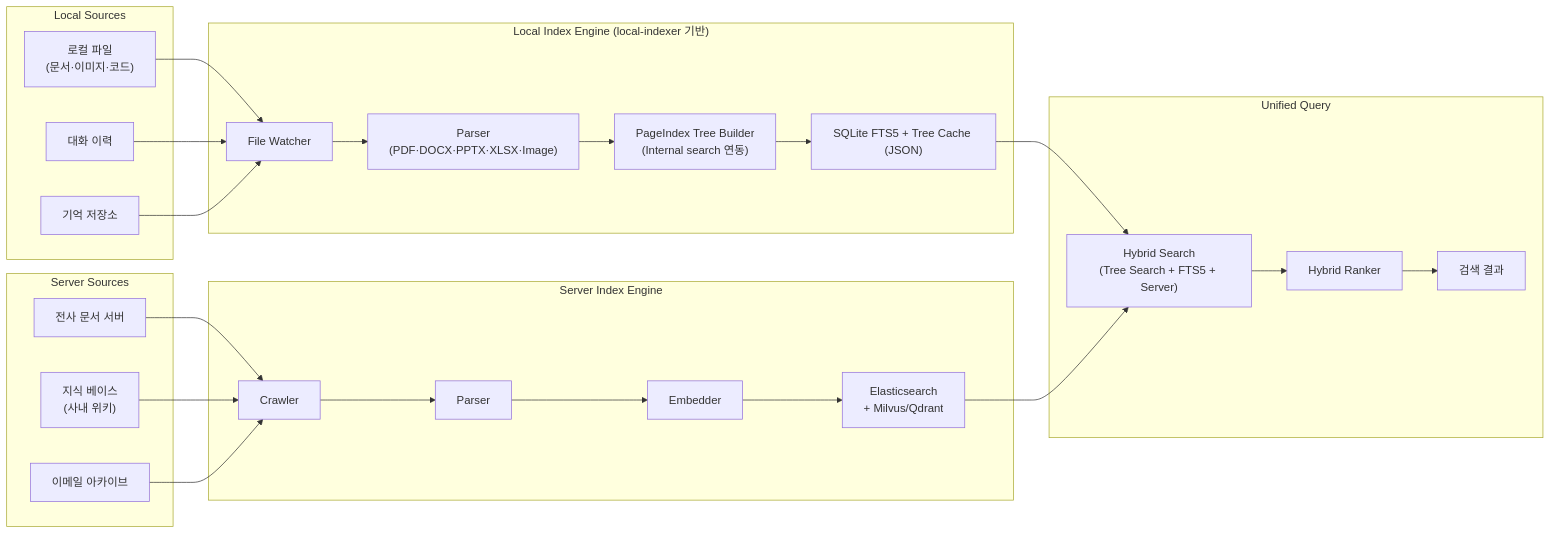
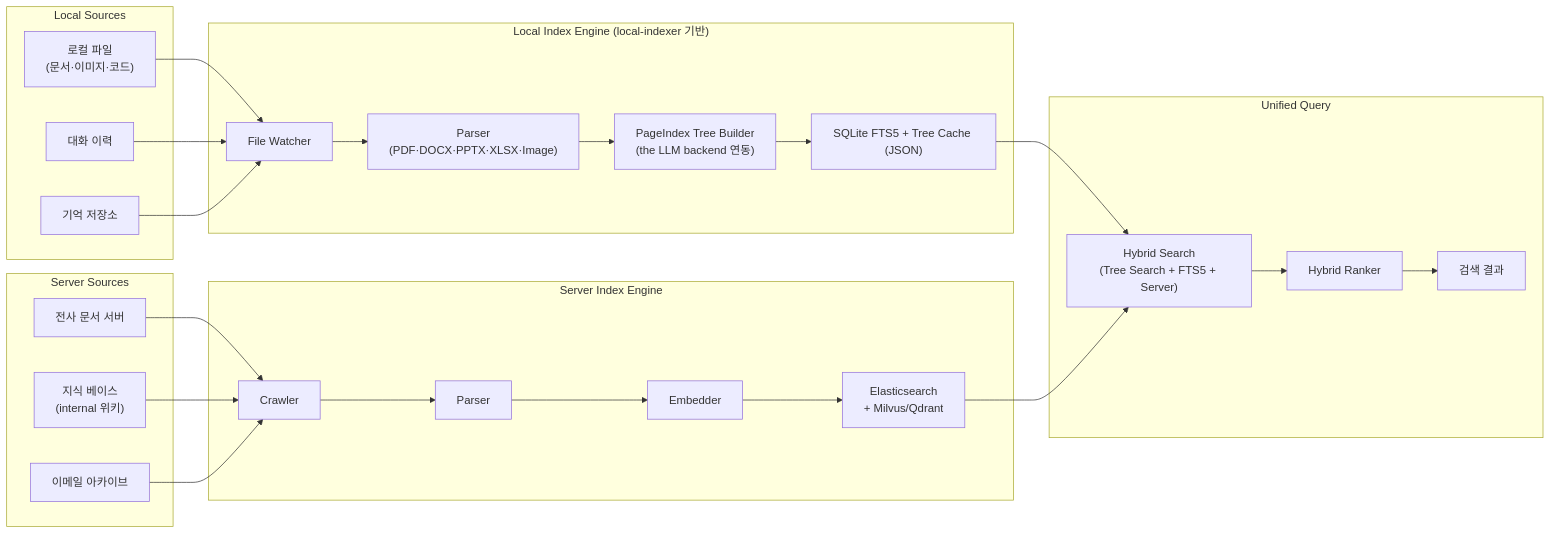
Diagram 41 of 44 in docs/architecture/architecture.md (lvis-project/lvis-app), drawn with Mermaid before and after one commit. The commit also changed other lines of this file and 76 other files, not shown here.

````diff
--- a/docs/architecture/architecture.md
+++ b/docs/architecture/architecture.md
@@ -3566,48 +3566,48 @@
 ```mermaid
 flowchart LR
     subgraph "Local Sources"
         L1["로컬 파일<br/>(문서·이미지·코드)"]
         L2["대화 이력"]
         L3["기억 저장소"]
     end
 
     subgraph "Server Sources"
         S1["전사 문서 서버"]
-        S2["지식 베이스<br/>(사내 위키)"]
+        S2["지식 베이스<br/>(internal 위키)"]
         S3["이메일 아카이브"]
     end
 
     subgraph "Local Index Engine (local-indexer 기반)"
         L_WATCH["File Watcher"]
         L_PARSE["Parser<br/>(PDF·DOCX·PPTX·XLSX·Image)"]
-        L_TREE["PageIndex Tree Builder<br/>(Internal search 연동)"]
+        L_TREE["PageIndex Tree Builder<br/>(the LLM backend 연동)"]
         L_STORE["SQLite FTS5 + Tree Cache (JSON)"]
     end
 
     subgraph "Server Index Engine"
         S_CRAWL["Crawler"]
         S_PARSE["Parser"]
         S_EMBED["Embedder"]
         S_STORE["Elasticsearch<br/>+ Milvus/Qdrant"]
     end
 
     subgraph "Unified Query"
         HYBRID["Hybrid Search<br/>(Tree Search + FTS5 + Server)"]
         RANKER["Hybrid Ranker"]
         RESULT["검색 결과"]
     end
 
     L1 --> L_WATCH
     L2 --> L_WATCH
     L3 --> L_WATCH
     L_WATCH --> L_PARSE --> L_TREE --> L_STORE
 
     S1 --> S_CRAWL
     S2 --> S_CRAWL
     S3 --> S_CRAWL
     S_CRAWL --> S_PARSE --> S_EMBED --> S_STORE
 
     L_STORE --> HYBRID
     S_STORE --> HYBRID
     HYBRID --> RANKER --> RESULT
 ```
````
